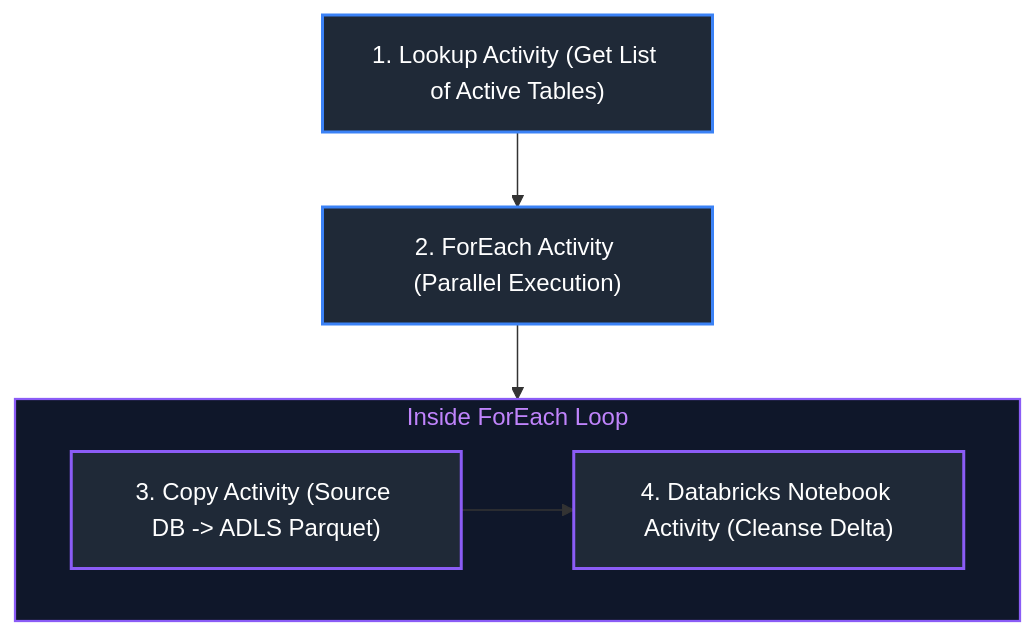
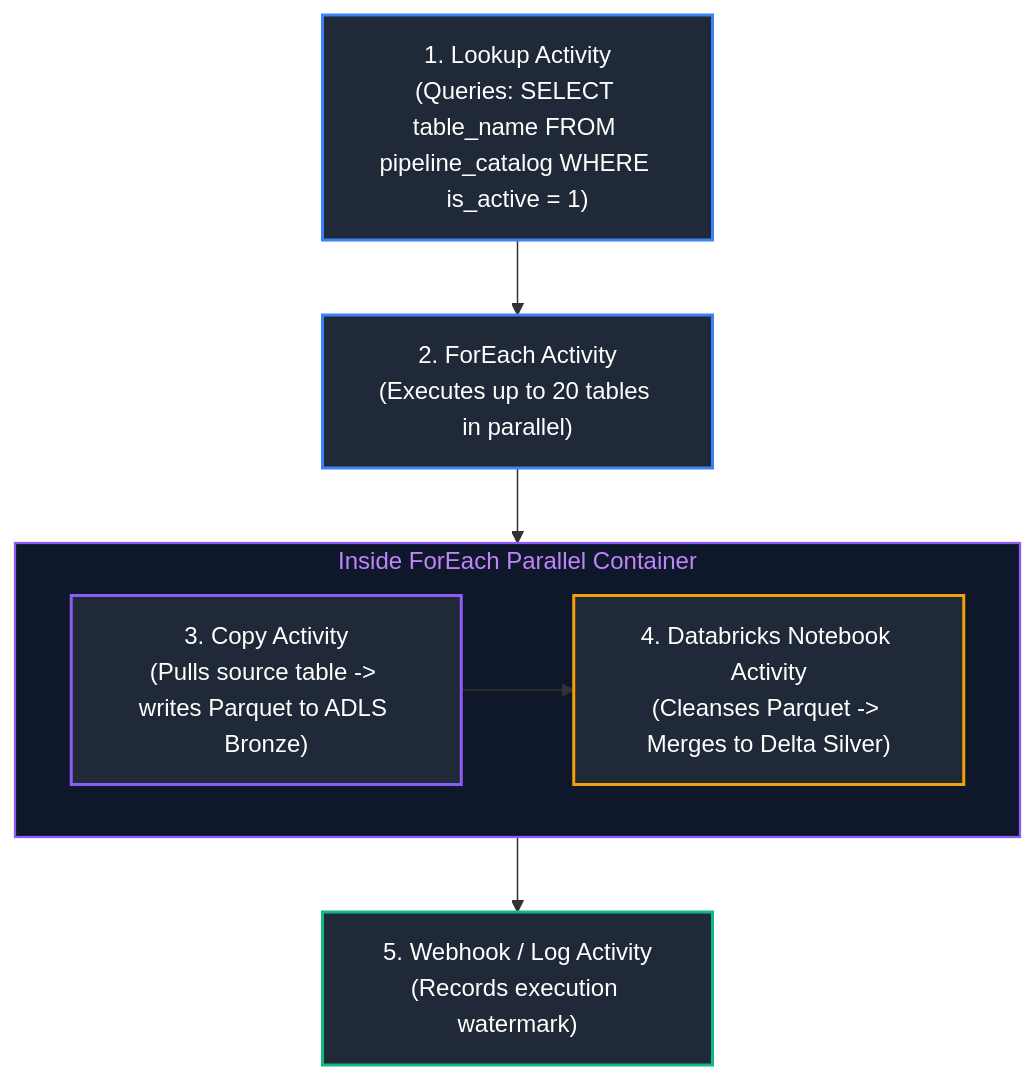
Before and after one commit to joydeep-biswas/Interview-Preparation: the sixth of 10 diagrams in Data Engineering/13_azure_data_engineering_and_devops.md, drawn with Mermaid. The commit also changed other lines of this file and 143 other files, not shown here.

````diff
--- a/Data Engineering/13_azure_data_engineering_and_devops.md
+++ b/Data Engineering/13_azure_data_engineering_and_devops.md
@@ -606,17 +744,18 @@
 ```mermaid
 flowchart TD
-    Lookup["1. Lookup Activity (Get List of Active Tables)"] --> ForEach["2. ForEach Activity (Parallel Execution)"]
+    Lookup["1. Lookup Activity<br/>(Queries: SELECT table_name FROM pipeline_catalog WHERE is_active = 1)"] --> ForEach["2. ForEach Activity<br/>(Executes up to 20 tables in parallel)"]
     
-    subgraph Iteration ["Inside ForEach Loop"]
-        Copy["3. Copy Activity (Source DB -> ADLS Parquet)"] --> Databricks["4. Databricks Notebook Activity (Cleanse Delta)"]
+    subgraph InnerLoop ["Inside ForEach Parallel Container"]
+        Copy["3. Copy Activity<br/>(Pulls source table -> writes Parquet to ADLS Bronze)"] --> Databricks["4. Databricks Notebook Activity<br/>(Cleanses Parquet -> Merges to Delta Silver)"]
     end
 
-    ForEach --> Iteration
-
-    style Iteration fill:#0f172a,stroke:#8b5cf6,stroke-width:1.5px,color:#c084fc
+    ForEach --> InnerLoop
+    InnerLoop --> SuccessLog["5. Webhook / Log Activity<br/>(Records execution watermark)"]
 
     style Lookup fill:#1f2937,stroke:#3b82f6,stroke-width:2px,color:#fff
     style ForEach fill:#1f2937,stroke:#3b82f6,stroke-width:2px,color:#fff
+    style InnerLoop fill:#0f172a,stroke:#8b5cf6,stroke-width:1.5px,color:#c084fc
     style Copy fill:#1f2937,stroke:#8b5cf6,stroke-width:2px,color:#fff
-    style Databricks fill:#1f2937,stroke:#8b5cf6,stroke-width:2px,color:#fff
+    style Databricks fill:#1f2937,stroke:#f59e0b,stroke-width:2px,color:#fff
+    style SuccessLog fill:#1f2937,stroke:#10b981,stroke-width:2px,color:#fff
 ```
````
